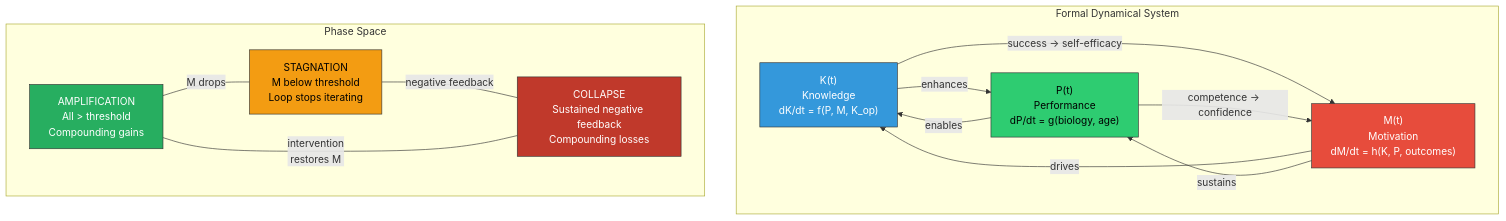
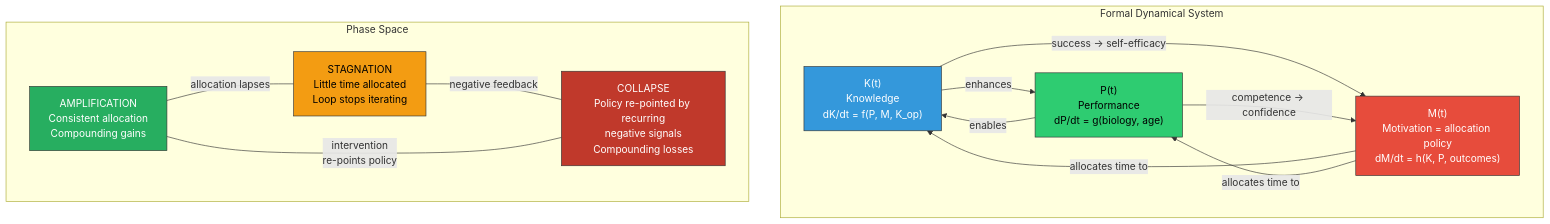
One commit to JeltzProstetnic/aIware changed the diagram in wiki/formal/rim-formalization.md. Above: the diagram before and after it, drawn with Mermaid. The commit also changed other lines of this file and 124 other files, not shown here.

````diff
--- a/wiki/formal/rim-formalization.md
+++ b/wiki/formal/rim-formalization.md
@@ -59,32 +61,32 @@
 ```mermaid
 graph TD
     subgraph "Formal Dynamical System"
         K["K(t)<br/>Knowledge<br/>dK/dt = f(P, M, K_op)"]
         P["P(t)<br/>Performance<br/>dP/dt = g(biology, age)"]
-        M["M(t)<br/>Motivation<br/>dM/dt = h(K, P, outcomes)"]
+        M["M(t)<br/>Motivation = allocation policy<br/>dM/dt = h(K, P, outcomes)"]
 
         K -->|"enhances"| P
         P -->|"enables"| K
-        M -->|"drives"| K
-        M -->|"sustains"| P
+        M -->|"allocates time to"| K
+        M -->|"allocates time to"| P
         K -->|"success → self-efficacy"| M
         P -->|"competence → confidence"| M
     end
 
     subgraph "Phase Space"
-        AMP["AMPLIFICATION<br/>All > threshold<br/>Compounding gains"]
-        STAG["STAGNATION<br/>M below threshold<br/>Loop stops iterating"]
-        COL["COLLAPSE<br/>Sustained negative feedback<br/>Compounding losses"]
+        AMP["AMPLIFICATION<br/>Consistent allocation<br/>Compounding gains"]
+        STAG["STAGNATION<br/>Little time allocated<br/>Loop stops iterating"]
+        COL["COLLAPSE<br/>Policy re-pointed by recurring<br/>negative signals<br/>Compounding losses"]
 
-        AMP ---|"M drops"| STAG
+        AMP ---|"allocation lapses"| STAG
         STAG ---|"negative feedback"| COL
-        COL ---|"intervention<br/>restores M"| AMP
+        COL ---|"intervention<br/>re-points policy"| AMP
     end
 
     style K fill:#3498db,stroke:#333,color:#fff
     style P fill:#2ecc71,stroke:#333,color:#000
     style M fill:#e74c3c,stroke:#333,color:#fff
     style AMP fill:#27ae60,stroke:#333,color:#fff
     style STAG fill:#f39c12,stroke:#333,color:#000
     style COL fill:#c0392b,stroke:#333,color:#fff
 ```
````
